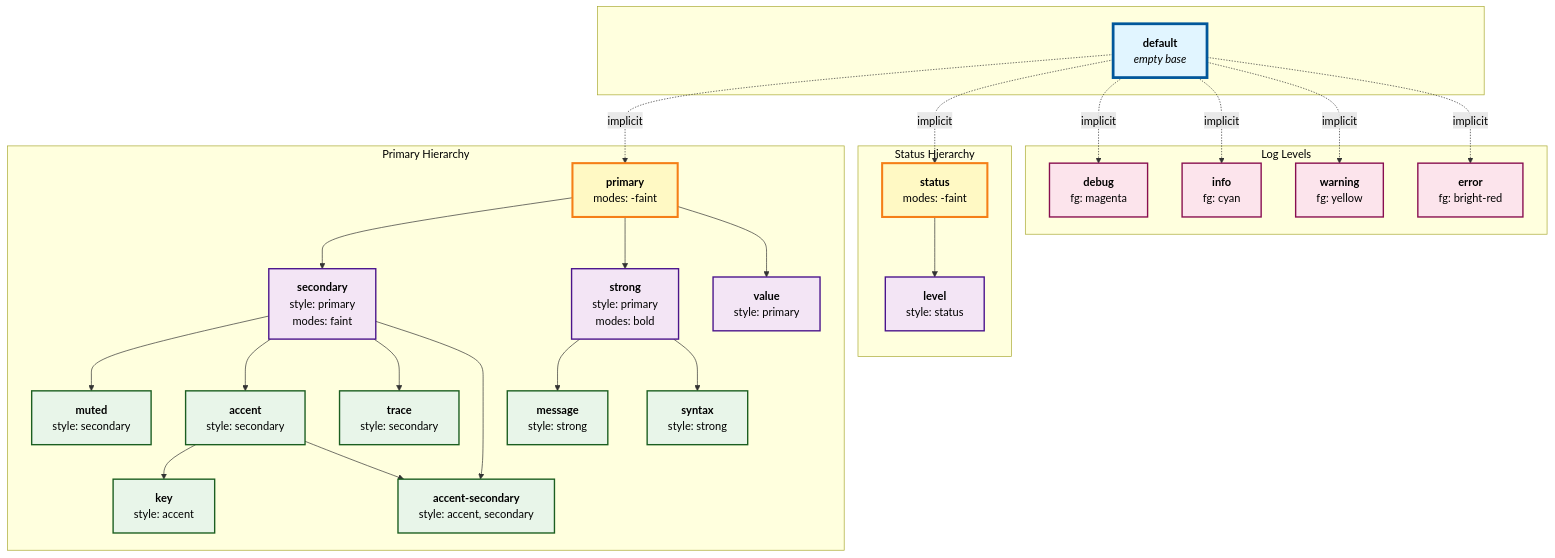
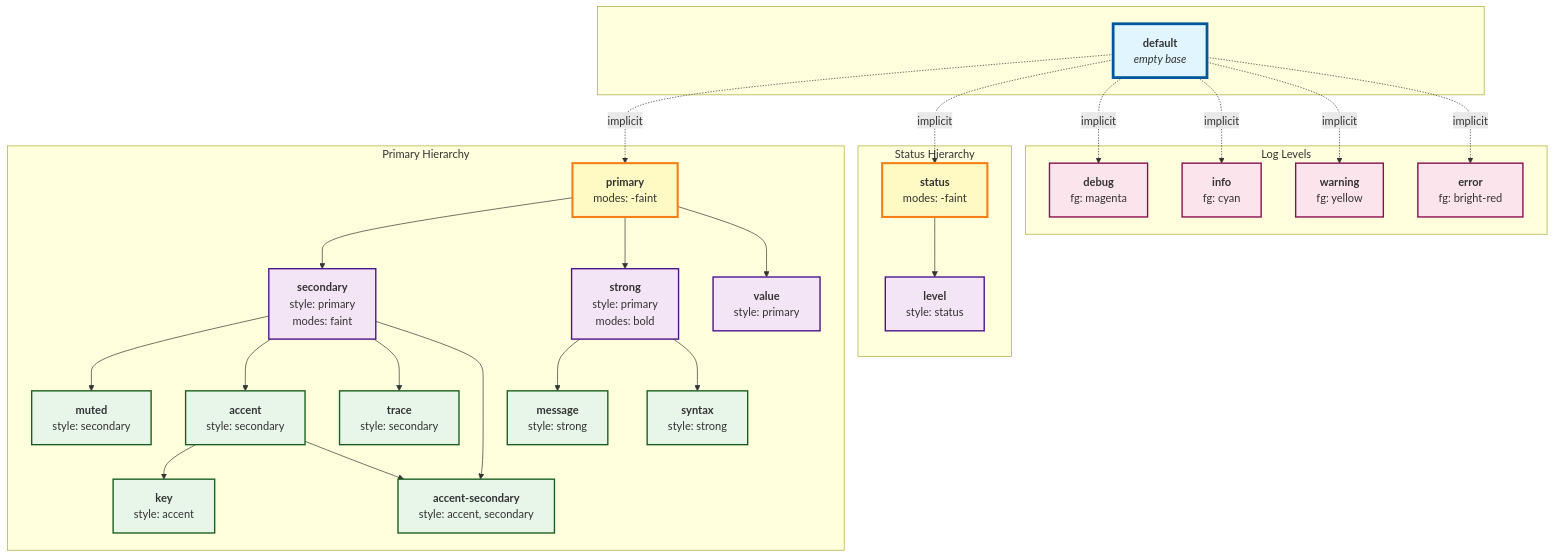
Before and after one commit to pamburus/hl: the diagram in doc/theme.md, drawn with Mermaid. The commit also changed 1 other file, not shown here.

```diff
--- a/doc/theme.md
+++ b/doc/theme.md
@@ -183,12 +183,12 @@
     end
 
     %% Style definitions
-    classDef root fill:#e1f5ff,stroke:#01579b,stroke-width:4px,color:#000
-    classDef tier1 fill:#fff9c4,stroke:#f57f17,stroke-width:3px,color:#000
-    classDef tier2 fill:#f3e5f5,stroke:#4a148c,stroke-width:2px,color:#000
-    classDef tier3 fill:#e8f5e9,stroke:#1b5e20,stroke-width:2px,color:#000
-    classDef independent fill:#fff3e0,stroke:#e65100,stroke-width:2px,color:#000
-    classDef loglevel fill:#fce4ec,stroke:#880e4f,stroke-width:2px,color:#000
+    classDef root fill:#e1f5ff,stroke:#01579b,stroke-width:4px
+    classDef tier1 fill:#fff9c4,stroke:#f57f17,stroke-width:3px
+    classDef tier2 fill:#f3e5f5,stroke:#4a148c,stroke-width:2px
+    classDef tier3 fill:#e8f5e9,stroke:#1b5e20,stroke-width:2px
+    classDef independent fill:#fff3e0,stroke:#e65100,stroke-width:2px
+    classDef loglevel fill:#fce4ec,stroke:#880e4f,stroke-width:2px
 
     class default root
     class primary,status tier1
```
